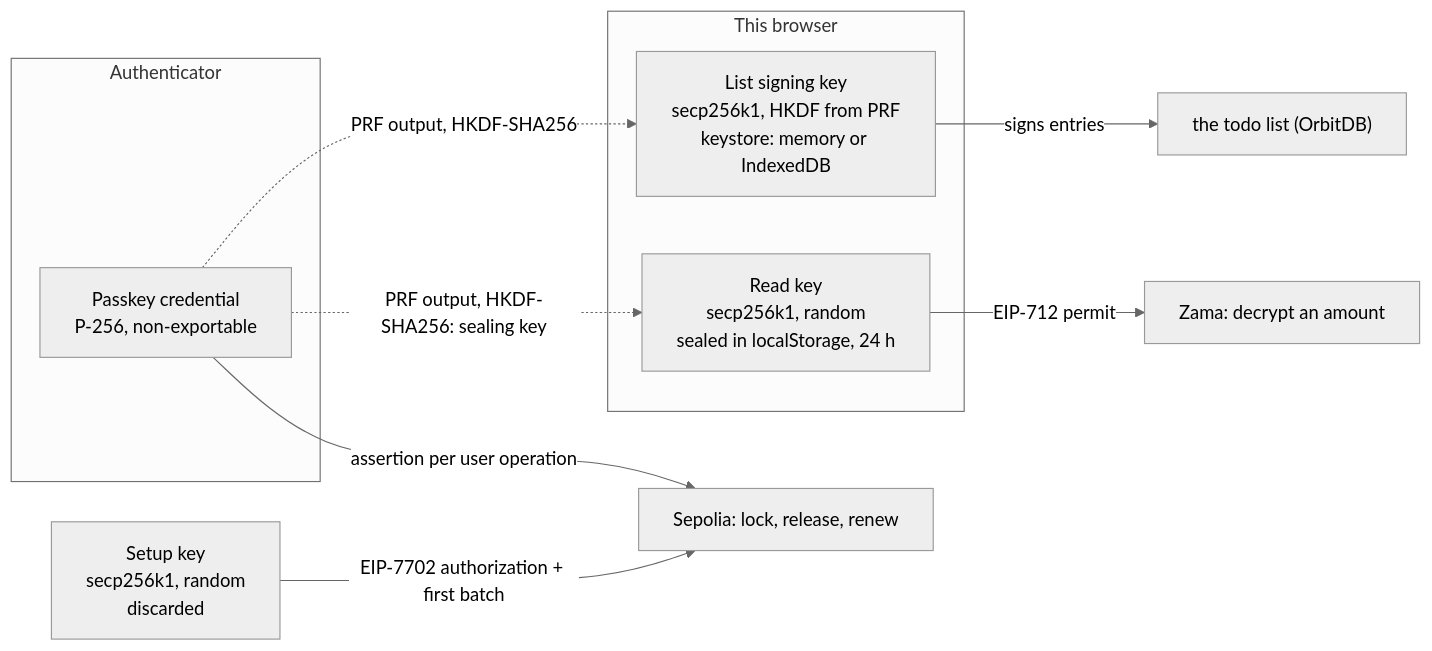
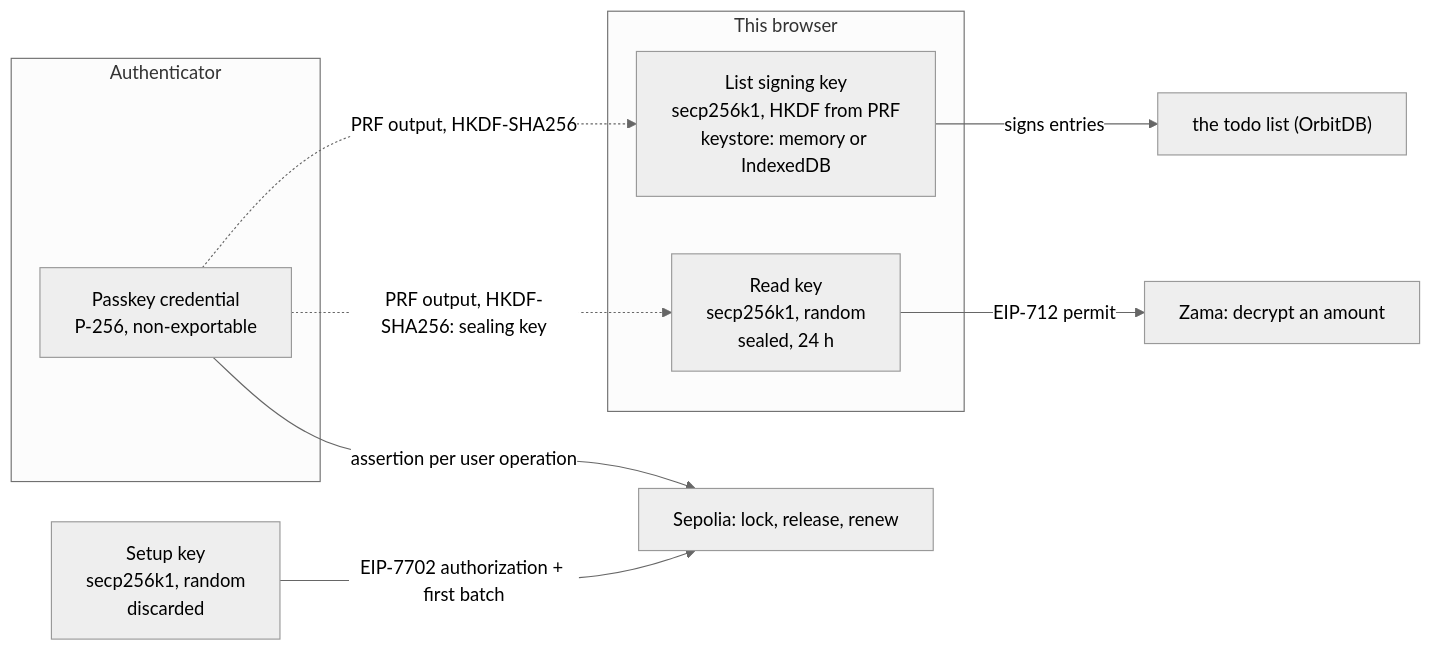
The diagram in apps/escrow01/docs/keys.md (Le-Space/simple-todo), drawn with Mermaid (neutral theme) before and after one commit. The commit also changed other lines of this file and 27 other files, not shown here.

````diff
--- a/apps/escrow01/docs/keys.md
+++ b/apps/escrow01/docs/keys.md
@@ -50,17 +50,17 @@
 ```mermaid
 flowchart LR
   subgraph hw["Authenticator"]
     cred["Passkey credential<br/>P-256, non-exportable"]
   end
   subgraph browser["This browser"]
     sign["List signing key<br/>secp256k1, HKDF from PRF<br/>keystore: memory or IndexedDB"]
-    read["Read key<br/>secp256k1, random<br/>sealed in localStorage, 24 h"]
+    read["Read key<br/>secp256k1, random<br/>sealed, 24 h"]
   end
   setup["Setup key<br/>secp256k1, random<br/>discarded"]
   cred -->|"assertion per user operation"| chain["Sepolia: lock, release, renew"]
   cred -.->|"PRF output, HKDF-SHA256"| sign
   sign -->|"signs entries"| list["the todo list (OrbitDB)"]
   setup -->|"EIP-7702 authorization + first batch"| chain
   cred -.->|"PRF output, HKDF-SHA256: sealing key"| read
   read -->|"EIP-712 permit"| zama["Zama: decrypt an amount"]
 ```
````
